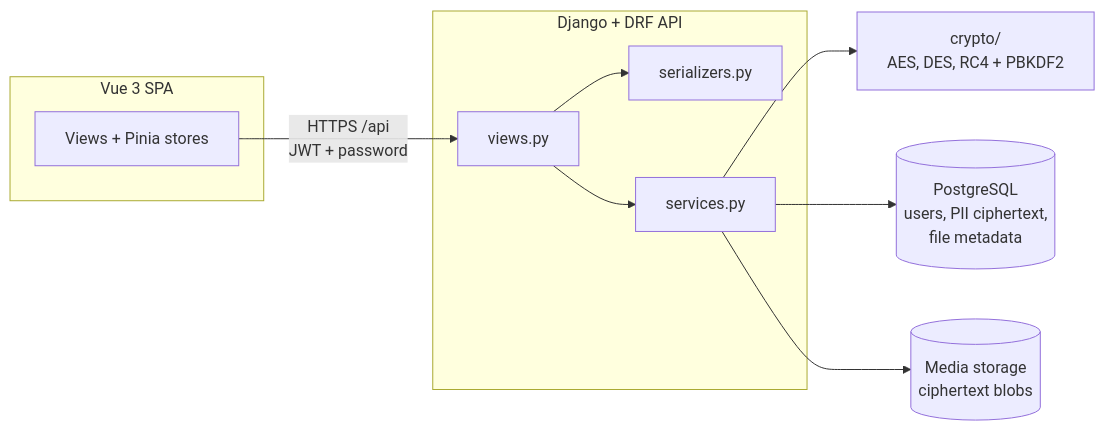
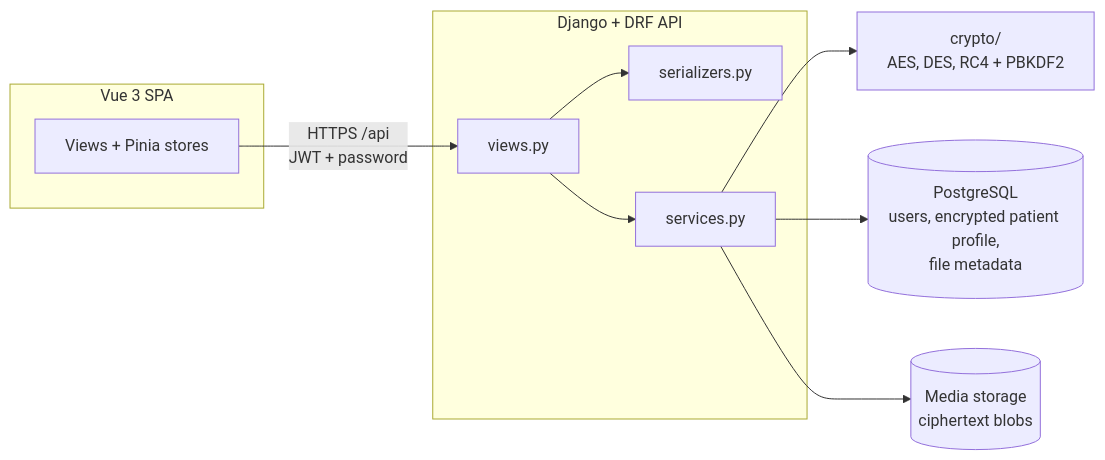
Before and after one commit to nittsuj/cipher-safe-backend: the first of 3 diagrams in README.md, drawn with Mermaid. The commit also changed other lines of this file and 2 other files, not shown here.

````diff
--- a/README.md
+++ b/README.md
@@ -23,23 +45,23 @@
 ```mermaid
 flowchart LR
     subgraph client["Vue 3 SPA"]
         UI["Views + Pinia stores"]
     end
 
     subgraph api["Django + DRF API"]
         V["views.py"]
         SER["serializers.py"]
         SVC["services.py"]
     end
 
     CR["crypto/<br/>AES, DES, RC4 + PBKDF2"]
-    DB[("PostgreSQL<br/>users, PII ciphertext,<br/>file metadata")]
+    DB[("PostgreSQL<br/>users, encrypted patient profile,<br/>file metadata")]
     DISK[("Media storage<br/>ciphertext blobs")]
 
     UI -->|"HTTPS /api<br/>JWT + password"| V
     V --> SER
     V --> SVC
     SVC --> CR
     SVC --> DB
     SVC --> DISK
 ```
````
